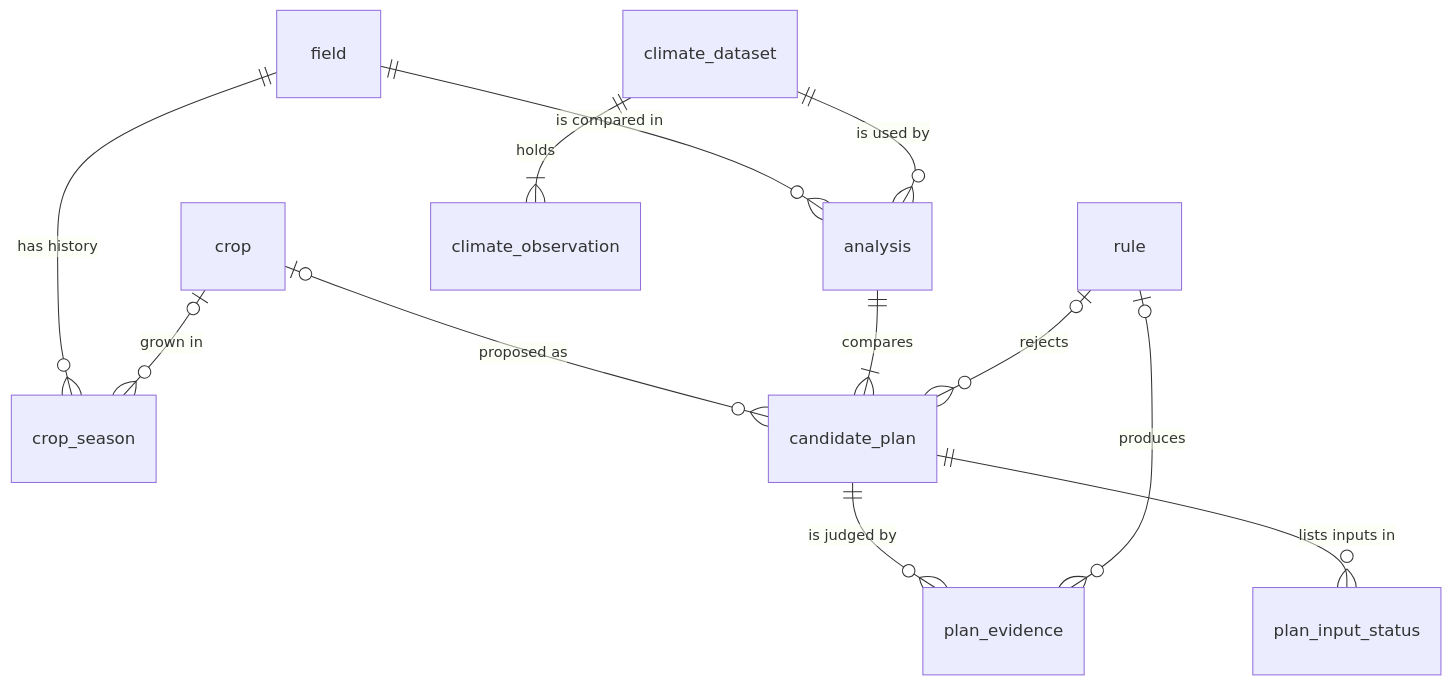
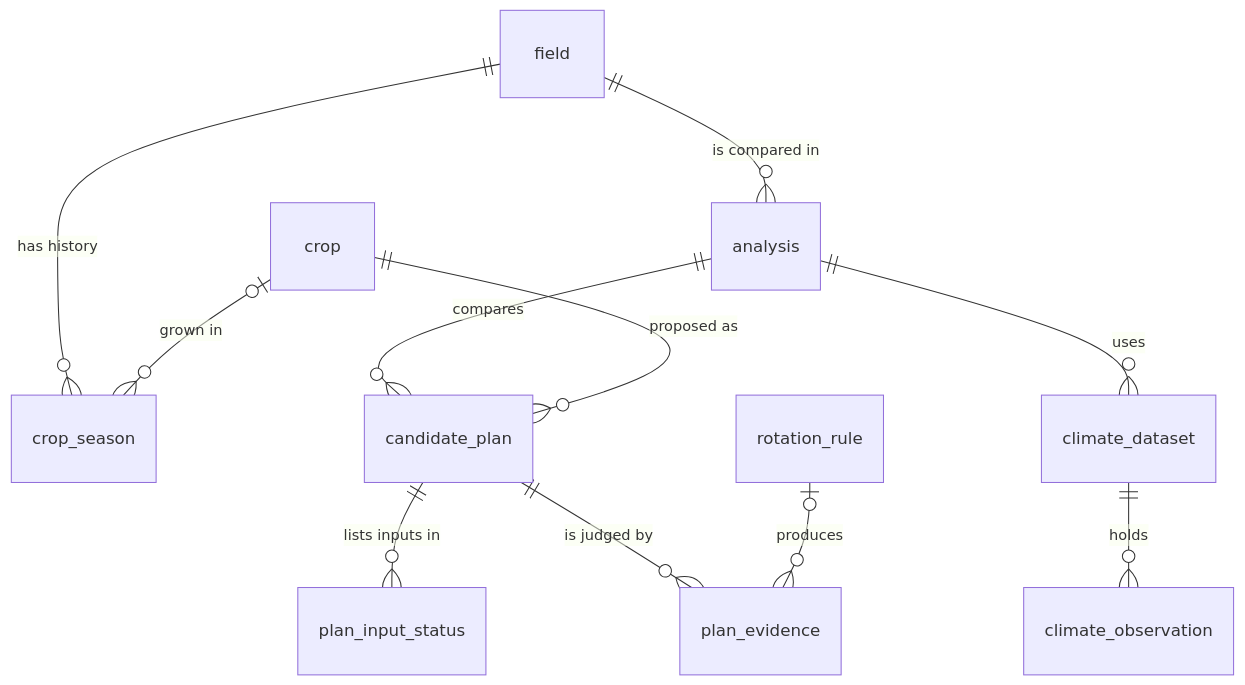
Before and after one commit to la-ith/NASA: the fourth of 7 diagrams in Field Shift Product Spec v3_2.md, drawn with Mermaid. The commit also changed other lines of this file, not shown here.

First line of the commit message:
Match the v3.2 database to the v3.1 schema

```diff
--- a/Field Shift Product Spec v3_2.md
+++ b/Field Shift Product Spec v3_2.md
@@ -381,14 +383,13 @@
 ~~~mermaid
 erDiagram
   field ||--o{ crop_season : "has history"
   field ||--o{ analysis : "is compared in"
-  crop |o--o{ crop_season : "grown in"
-  crop |o--o{ candidate_plan : "proposed as"
-  climate_dataset ||--|{ climate_observation : "holds"
-  climate_dataset ||--o{ analysis : "is used by"
-  analysis ||--|{ candidate_plan : "compares"
+  analysis ||--o{ climate_dataset : "uses"
+  climate_dataset ||--o{ climate_observation : "holds"
+  analysis ||--o{ candidate_plan : "compares"
   candidate_plan ||--o{ plan_evidence : "is judged by"
   candidate_plan ||--o{ plan_input_status : "lists inputs in"
-  rule |o--o{ plan_evidence : "produces"
-  rule |o--o{ candidate_plan : "rejects"
+  crop |o--o{ crop_season : "grown in"
+  crop ||--o{ candidate_plan : "proposed as"
+  rotation_rule |o--o{ plan_evidence : "produces"
 ~~~
```
